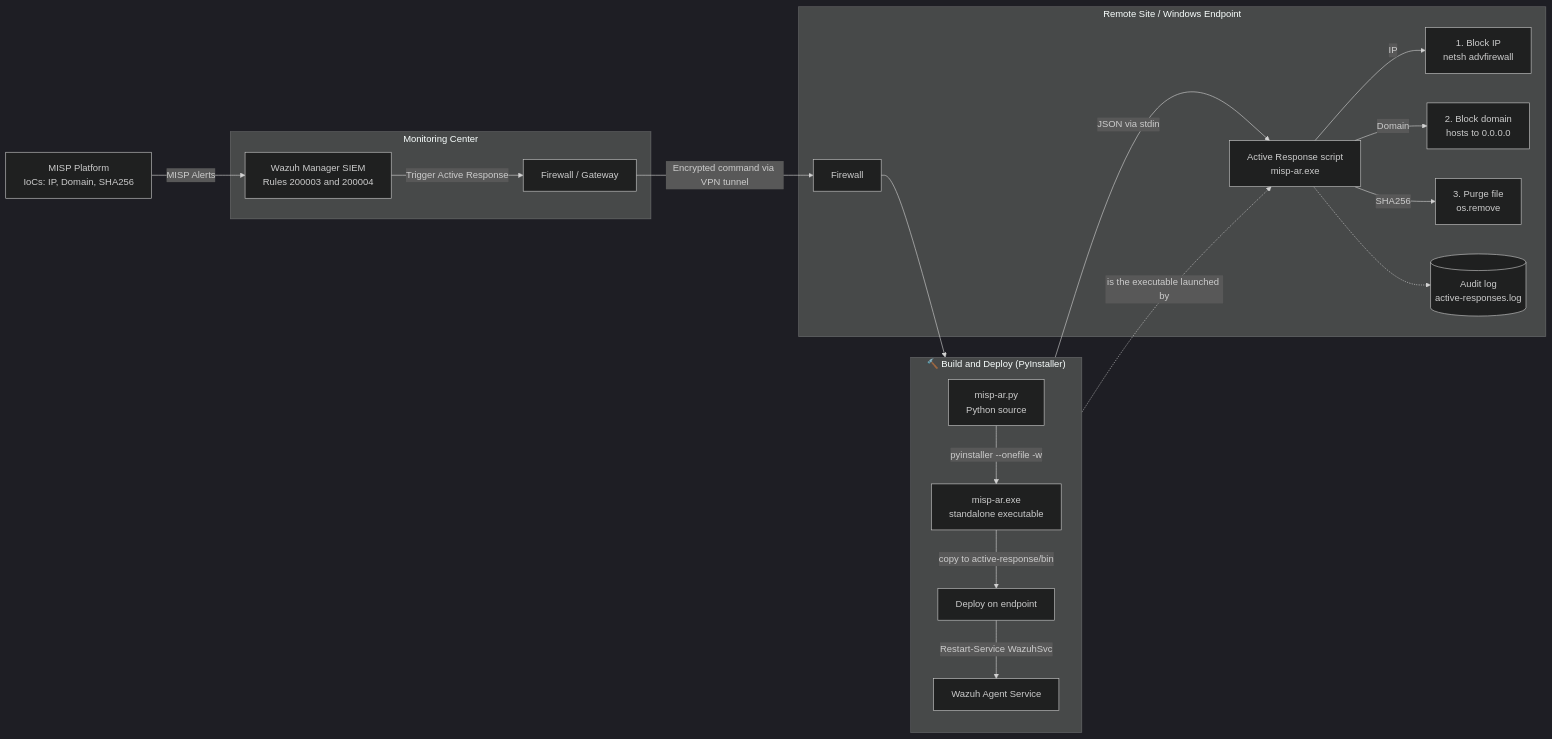
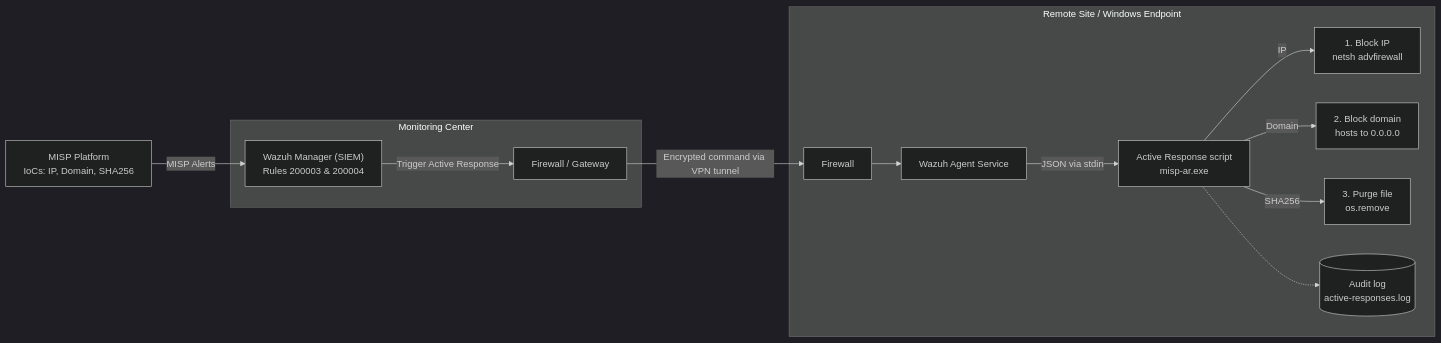
The diagram in README.md (ZakariaMAARAK/Auto-Defense), drawn with Mermaid (dark theme) before and after one commit. The commit also changed other lines of this file, not shown here.

````diff
--- a/README.md
+++ b/README.md
@@ -32,24 +31,16 @@
 ```mermaid
 flowchart LR
-    subgraph BUILD["🔨 Build and Deploy (PyInstaller)"]
-        direction TB
-        PY["misp-ar.py<br/>Python source"] -->|"pyinstaller --onefile -w"| EXE["misp-ar.exe<br/>standalone executable"]
-        EXE -->|"copy to active-response/bin"| DEP["Deploy on endpoint"]
-        DEP -->|"Restart-Service WazuhSvc"| AG
-    end
-
     MISP["MISP Platform<br/>IoCs: IP, Domain, SHA256"] -->|MISP Alerts| WM
     subgraph MC[Monitoring Center]
-        WM["Wazuh Manager SIEM<br/>Rules 200003 and 200004"] -->|Trigger Active Response| GW[Firewall / Gateway]
+        WM["Wazuh Manager (SIEM)<br/>Rules 200003 & 200004"] -->|Trigger Active Response| GW[Firewall / Gateway]
     end
     GW -->|Encrypted command via VPN tunnel| FW
     subgraph EP[Remote Site / Windows Endpoint]
         FW[Firewall] --> AG[Wazuh Agent Service]
         AG -->|JSON via stdin| AR["Active Response script<br/>misp-ar.exe"]
         AR -->|IP| B1["1. Block IP<br/>netsh advfirewall"]
         AR -->|Domain| B2["2. Block domain<br/>hosts to 0.0.0.0"]
         AR -->|SHA256| B3["3. Purge file<br/>os.remove"]
         AR -.-> LOG[("Audit log<br/>active-responses.log")]
     end
-    EXE -.->|"is the executable launched by"| AR
 ```
````
